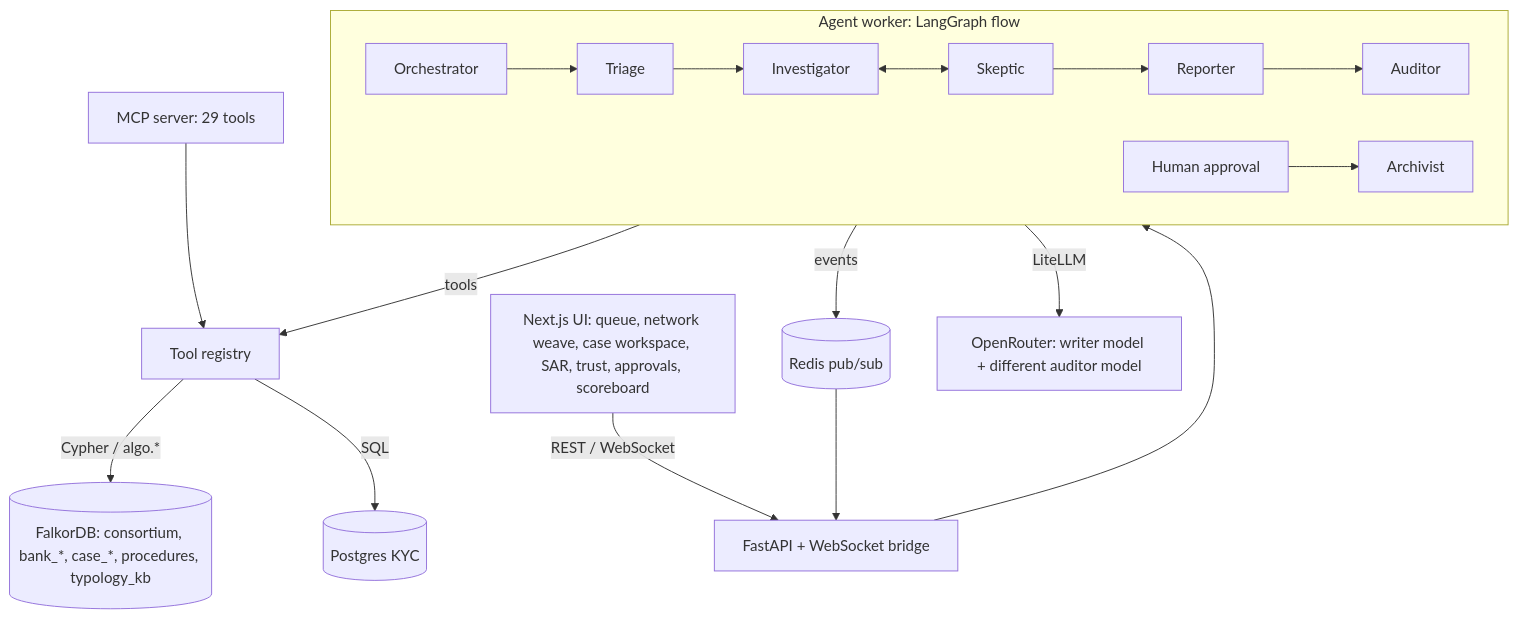
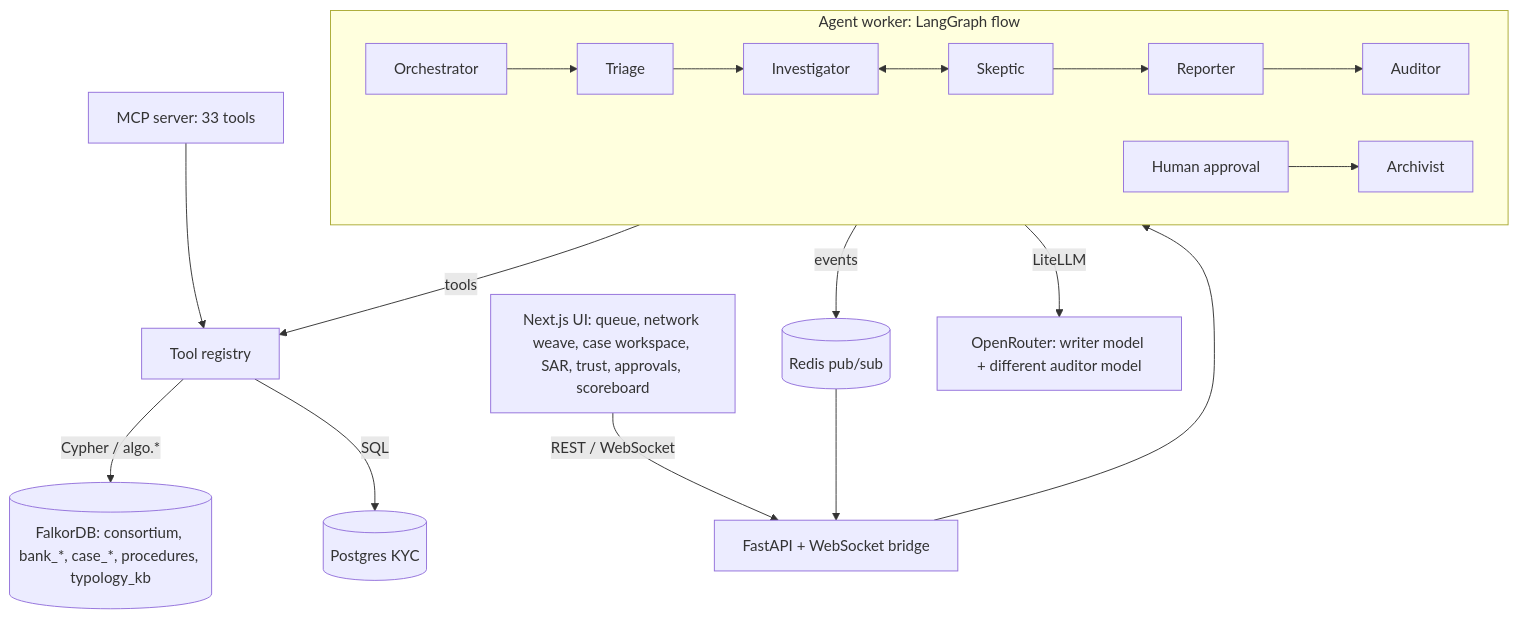
Before and after one commit to LSUDOKO/BankWeave: the diagram in README.md, drawn with Mermaid. The commit also changed other lines of this file and 1 other file, not shown here.

````diff
--- a/README.md
+++ b/README.md
@@ -100,15 +100,15 @@
 ```mermaid
 flowchart TB
   UI[Next.js UI: queue, network weave, case workspace, SAR, trust, approvals, scoreboard] -- REST / WebSocket --> API
   API[FastAPI + WebSocket bridge] --> W
   subgraph W[Agent worker: LangGraph flow]
     O[Orchestrator] --> T[Triage] --> I[Investigator] <--> S[Skeptic] --> R[Reporter] --> A[Auditor]
     H[Human approval] --> AR[Archivist]
   end
   W -- tools --> TOOLS[Tool registry]
-  MCP[MCP server: 29 tools] --> TOOLS
+  MCP[MCP server: 33 tools] --> TOOLS
   TOOLS -- Cypher / algo.* --> F[(FalkorDB: consortium, bank_*, case_*, procedures, typology_kb)]
   TOOLS -- SQL --> PG[(Postgres KYC)]
   W -- events --> RD[(Redis pub/sub)] --> API
   W -- LiteLLM --> LLM[OpenRouter: writer model + different auditor model]
 ```
````
